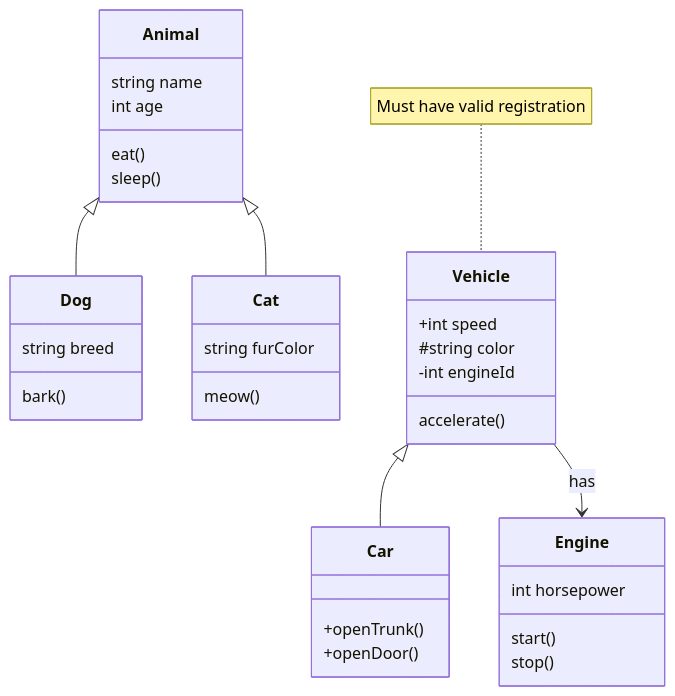
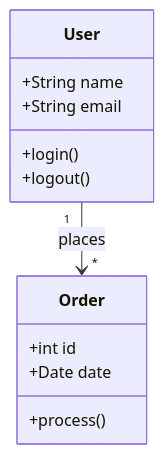
The third of 12 diagrams in src/moai_adk/templates/.claude/skills/moai-mermaid-diagram-expert/SKILL.md (modu-ai/moai-adk), drawn with Mermaid before and after one commit. The commit also changed other lines of this file and 182 other files, not shown here.

````diff
--- a/src/moai_adk/templates/.claude/skills/moai-mermaid-diagram-expert/SKILL.md
+++ b/src/moai_adk/templates/.claude/skills/moai-mermaid-diagram-expert/SKILL.md
@@ -269,45 +98,17 @@
 ```mermaid
 classDiagram
-    class Animal {
-        string name
-        int age
-        eat()
-        sleep()
+    class User {
+        +String name
+        +String email
+        +login()
+        +logout()
     }
-    
-    class Dog {
-        string breed
-        bark()
+
+    class Order {
+        +int id
+        +Date date
+        +process()
     }
-    
-    class Cat {
-        string furColor
-        meow()
-    }
-    
-    Animal <|-- Dog
-    Animal <|-- Cat
-    
-    class Vehicle {
-        +int speed
-        #string color
-        -int engineId
-        accelerate()
-    }
-    
-    class Car {
-        +openTrunk()
-        +openDoor()
-    }
-    
-    Vehicle <|-- Car
-    Vehicle --> Engine : has
-    
-    class Engine {
-        int horsepower
-        start()
-        stop()
-    }
-    
-    note for Vehicle "Must have valid registration"
+
+    User "1" --> "*" Order : places
 ```
````
